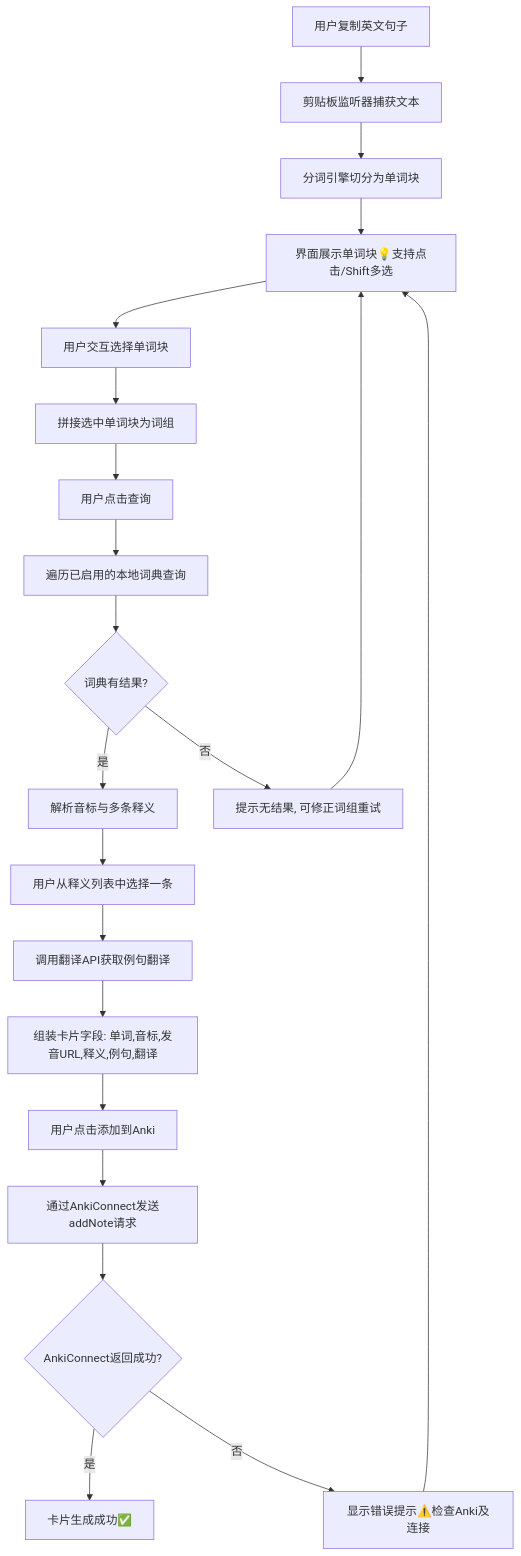
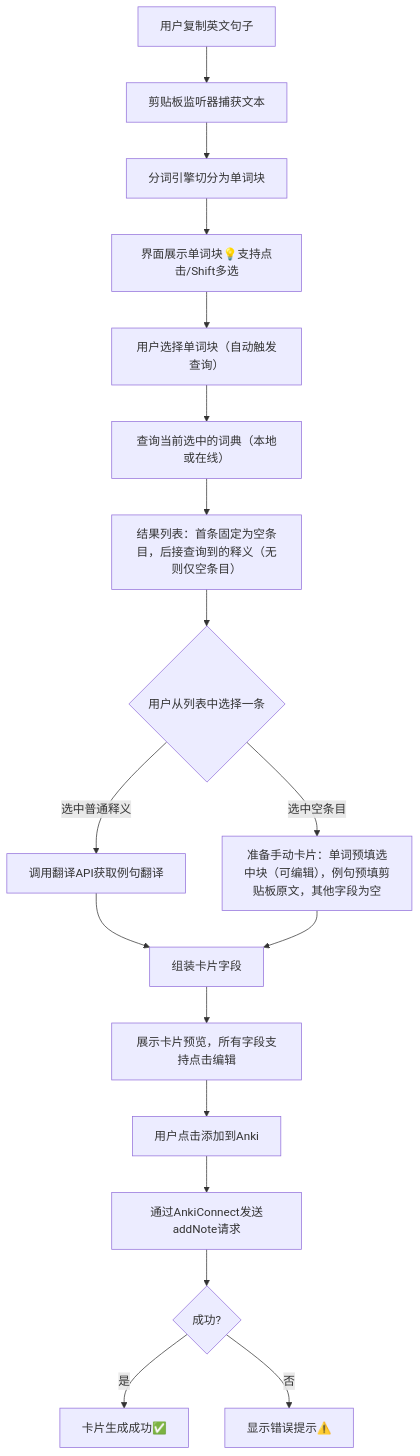
The diagram in README.md (Sticky-Finger/ankihelper-pc), drawn with Mermaid before and after one commit.

Commit message:
docs: modify chart of main flow in the README.md

````diff
--- a/README.md
+++ b/README.md
@@ -24,23 +24,20 @@
 ```mermaid
 flowchart TD
     A[用户复制英文句子] --> B[剪贴板监听器捕获文本]
     B --> C[分词引擎切分为单词块]
     C --> D[界面展示单词块💡支持点击/Shift多选]
-    D --> E[用户交互选择单词块]
-    E --> F[拼接选中单词块为词组]
-    F --> G[用户点击查询]
-    G --> H[遍历已启用的本地词典查询]
-    H --> I{词典有结果?}
-    I -->|是| J[解析音标与多条释义]
-    I -->|否| K[提示无结果, 可修正词组重试]
-    J --> L[用户从释义列表中选择一条]
-    L --> M[调用翻译API获取例句翻译]
-    M --> N[组装卡片字段: 单词,音标,发音URL,释义,例句,翻译]
-    N --> O[用户点击添加到Anki]
-    O --> P[通过AnkiConnect发送addNote请求]
-    P --> Q{AnkiConnect返回成功?}
-    Q -->|是| R[卡片生成成功✅]
-    Q -->|否| S[显示错误提示⚠️检查Anki及连接]
-    K --> D
-    S --> D
+    D --> E[用户选择单词块（自动触发查询）]
+    E --> F[查询当前选中的词典（本地或在线）]
+    F --> G[结果列表：首条固定为空条目，后接查询到的释义（无则仅空条目）]
+    G --> H{用户从列表中选择一条}
+    H -->|选中普通释义| I[调用翻译API获取例句翻译]
+    I --> J[组装卡片字段]
+    H -->|选中空条目| K[准备手动卡片：单词预填选中块（可编辑），例句预填剪贴板原文，其他字段为空]
+    K --> J
+    J --> L[展示卡片预览，所有字段支持点击编辑]
+    L --> M[用户点击添加到Anki]
+    M --> N[通过AnkiConnect发送addNote请求]
+    N --> O{成功?}
+    O -->|是| P[卡片生成成功✅]
+    O -->|否| Q[显示错误提示⚠️]
 ```
````
